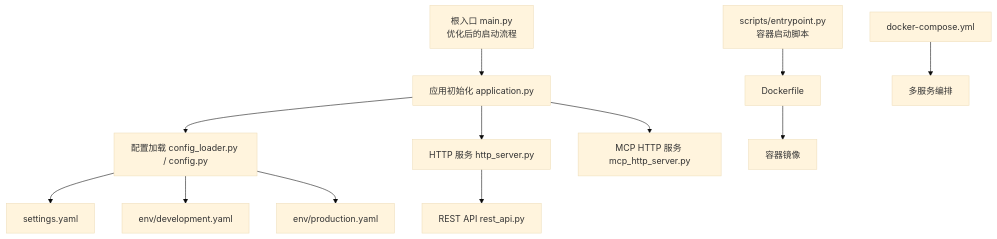
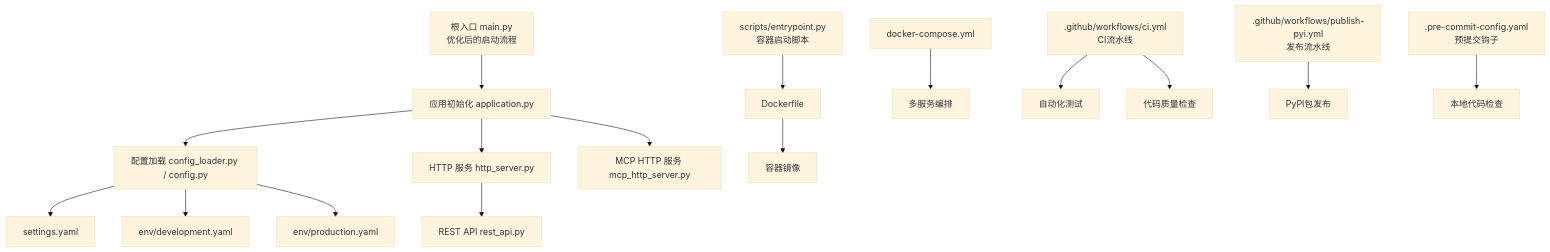
One commit to HengLine/tool-shot-agent changed the first of 10 diagrams in .qoder/repowiki/zh/content/部署指南/部署指南.md. Above: the diagram before and after it, drawn with Mermaid (base theme). The commit also changed other lines of this file and 9 other files, not shown here.

````diff
--- a/.qoder/repowiki/zh/content/部署指南/部署指南.md
+++ b/.qoder/repowiki/zh/content/部署指南/部署指南.md
@@ -55,14 +63,18 @@
 ```mermaid
 graph TB
 A["根入口 main.py<br/>优化后的启动流程"] --> B["应用初始化 application.py"]
 B --> C["配置加载 config_loader.py / config.py"]
 B --> D["HTTP 服务 http_server.py"]
 B --> E["MCP HTTP 服务 mcp_http_server.py"]
 D --> F["REST API rest_api.py"]
 C --> G["settings.yaml"]
 C --> H["env/development.yaml"]
 C --> I["env/production.yaml"]
 J["Dockerfile"] --> K["容器镜像"]
 L["docker-compose.yml"] --> M["多服务编排"]
 N["scripts/entrypoint.py<br/>容器启动脚本"] --> J
+O[".github/workflows/ci.yml<br/>CI流水线"] --> P["自动化测试"]
+O --> Q["代码质量检查"]
+R[".github/workflows/publish-pyi.yml<br/>发布流水线"] --> S["PyPI包发布"]
+T[".pre-commit-config.yaml<br/>预提交钩子"] --> U["本地代码检查"]
 ```
````
